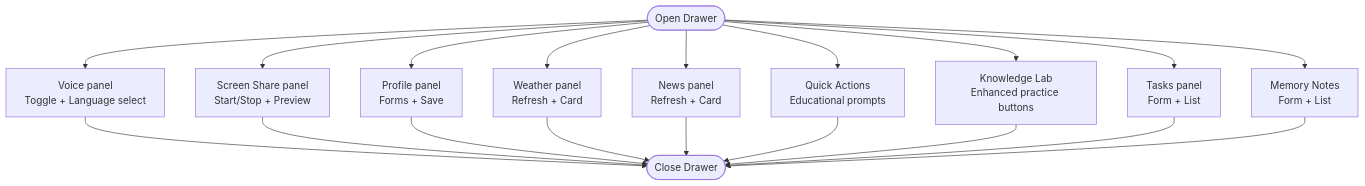
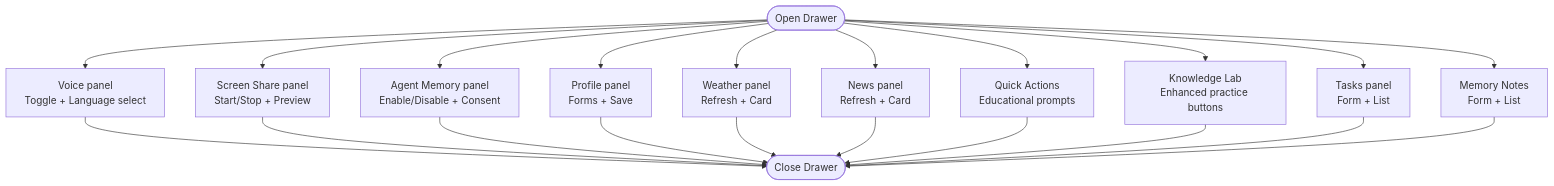
The fifth of 8 diagrams in .qoder/repowiki/en/content/Frontend Components/User Interface Design/HTML Structure and Semantic Markup.md (Sovetsky-Soyuz/AI-Assistant), drawn with Mermaid before and after one commit. The commit also changed other lines of this file and 10 other files, not shown here.

````diff
--- a/.qoder/repowiki/en/content/Frontend Components/User Interface Design/HTML Structure and Semantic Markup.md
+++ b/.qoder/repowiki/en/content/Frontend Components/User Interface Design/HTML Structure and Semantic Markup.md
@@ -186,21 +193,23 @@
 ```mermaid
 flowchart TD
 Open(["Open Drawer"]) --> Voice["Voice panel<br/>Toggle + Language select"]
 Open --> Screen["Screen Share panel<br/>Start/Stop + Preview"]
+Open --> Memory["Agent Memory panel<br/>Enable/Disable + Consent"]
 Open --> Profile["Profile panel<br/>Forms + Save"]
 Open --> Weather["Weather panel<br/>Refresh + Card"]
 Open --> News["News panel<br/>Refresh + Card"]
 Open --> Quick["Quick Actions<br/>Educational prompts"]
 Open --> Knowledge["Knowledge Lab<br/>Enhanced practice buttons"]
 Open --> Tasks["Tasks panel<br/>Form + List"]
 Open --> Notes["Memory Notes<br/>Form + List"]
 Voice --> Close(["Close Drawer"])
 Screen --> Close
+Memory --> Close
 Profile --> Close
 Weather --> Close
 News --> Close
 Quick --> Close
 Knowledge --> Close
 Tasks --> Close
 Notes --> Close
 ```
````
